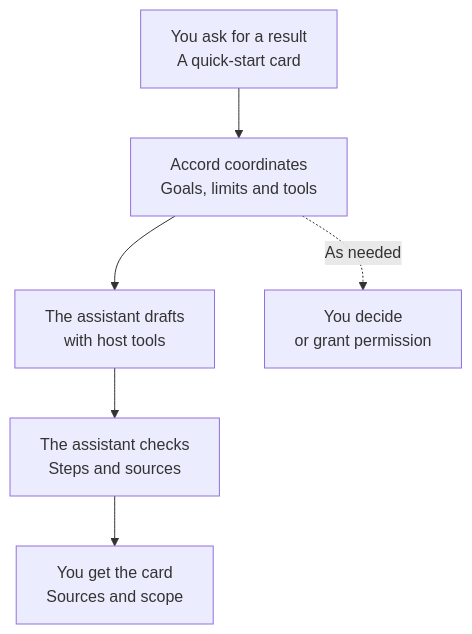
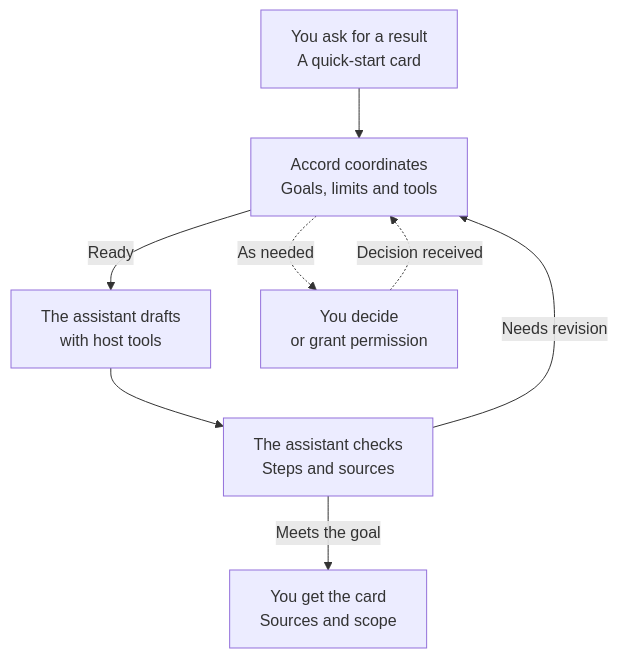
The diagram in README.md (yiheng8023/YIYUAN-Accord), drawn with Mermaid before and after one commit. The commit also changed 3 other files, not shown here.

````diff
--- a/README.md
+++ b/README.md
@@ -27,8 +27,10 @@
 ```mermaid
 flowchart TD
     U["You ask for a result<br/>A quick-start card"] --> A["Accord coordinates<br/>Goals, limits and tools"]
-    A --> H["The assistant drafts<br/>with host tools"]
+    A -- Ready --> H["The assistant drafts<br/>with host tools"]
     H --> V["The assistant checks<br/>Steps and sources"]
-    V --> R["You get the card<br/>Sources and scope"]
+    V -- Meets the goal --> R["You get the card<br/>Sources and scope"]
+    V -- Needs revision --> A
     A -. As needed .-> Q["You decide<br/>or grant permission"]
+    Q -. Decision received .-> A
 ```
````
